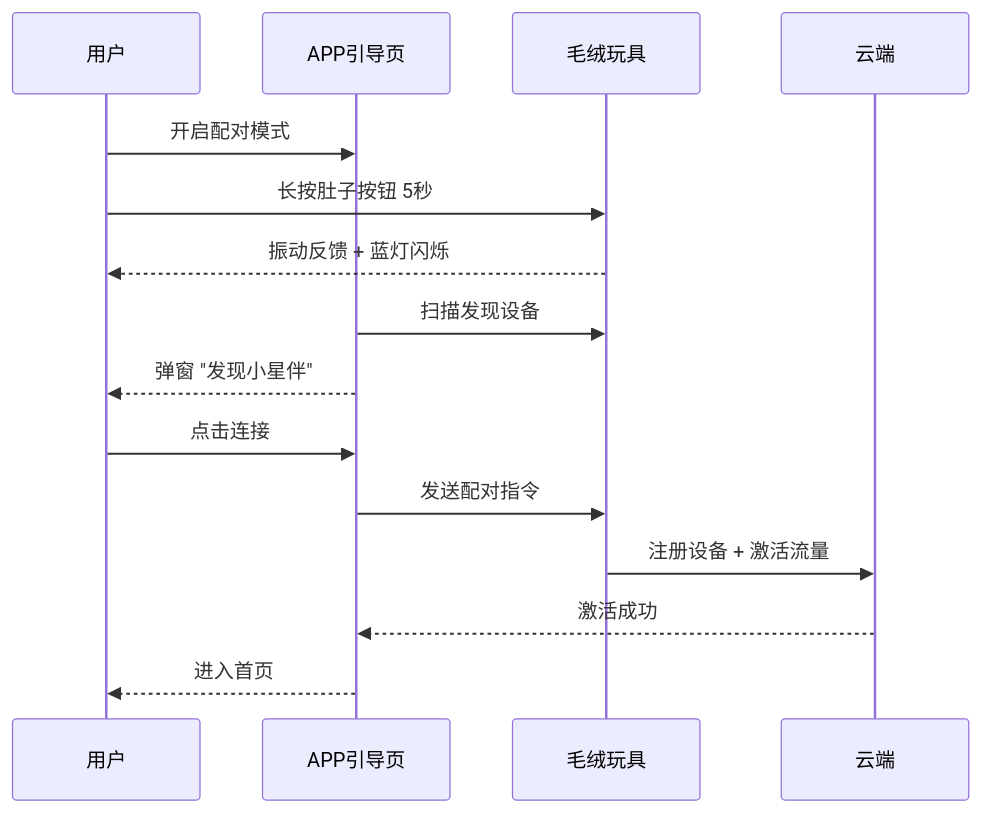
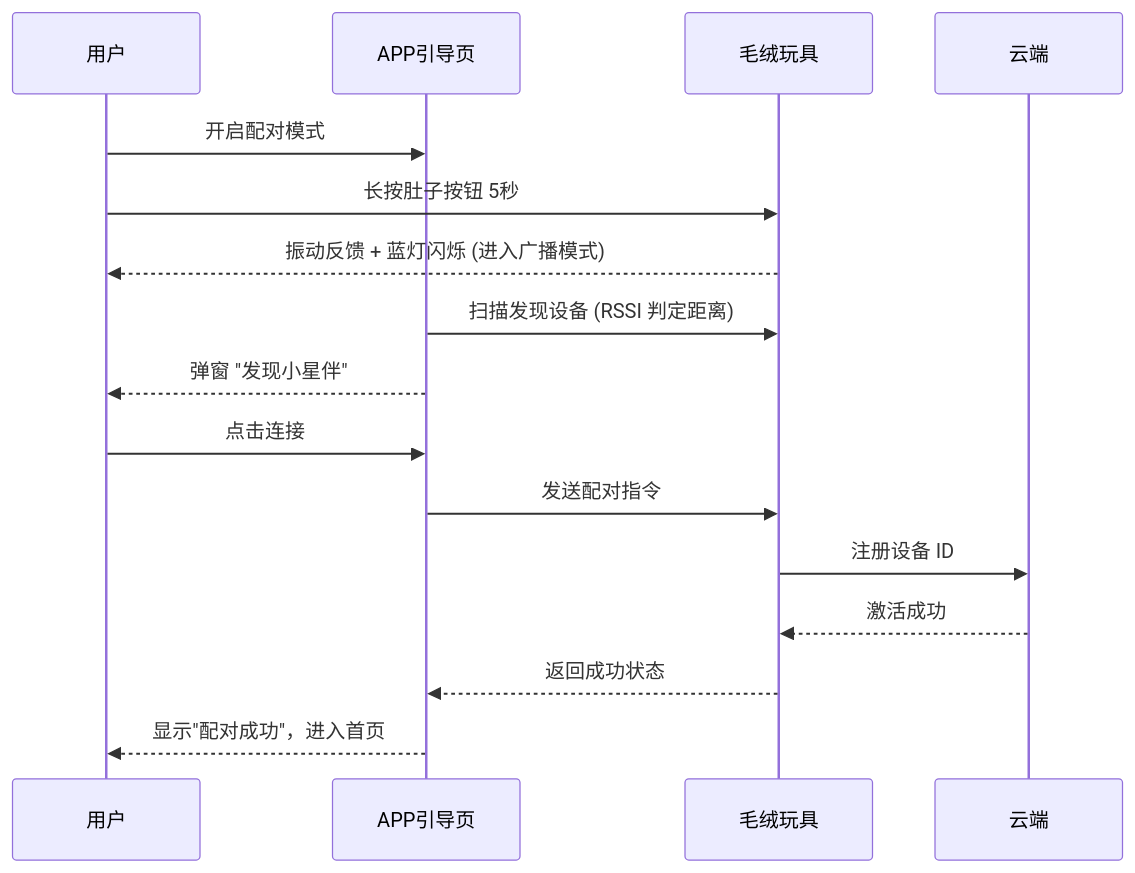
The third of 3 diagrams in docs/07-app-design/03-information-architecture.md (YZxyzz/Little-star), drawn with Mermaid before and after one commit. The commit also changed other lines of this file and 4 other files, not shown here.

````diff
--- a/docs/07-app-design/03-information-architecture.md
+++ b/docs/07-app-design/03-information-architecture.md
@@ -379,18 +214,19 @@
 ```mermaid
 sequenceDiagram
     participant User as 用户
     participant App as APP引导页
     participant Toy as 毛绒玩具
     participant Cloud as 云端
 
     User->>App: 开启配对模式
     User->>Toy: 长按肚子按钮 5秒
-    Toy-->>User: 振动反馈 + 蓝灯闪烁
-    App->>Toy: 扫描发现设备
+    Toy-->>User: 振动反馈 + 蓝灯闪烁 (进入广播模式)
+    App->>Toy: 扫描发现设备 (RSSI 判定距离)
     App-->>User: 弹窗 "发现小星伴"
     User->>App: 点击连接
     App->>Toy: 发送配对指令
-    Toy->>Cloud: 注册设备 + 激活流量
-    Cloud-->>App: 激活成功
-    App-->>User: 进入首页
+    Toy->>Cloud: 注册设备 ID
+    Cloud-->>Toy: 激活成功
+    Toy-->>App: 返回成功状态
+    App-->>User: 显示"配对成功"，进入首页
 ```
````
